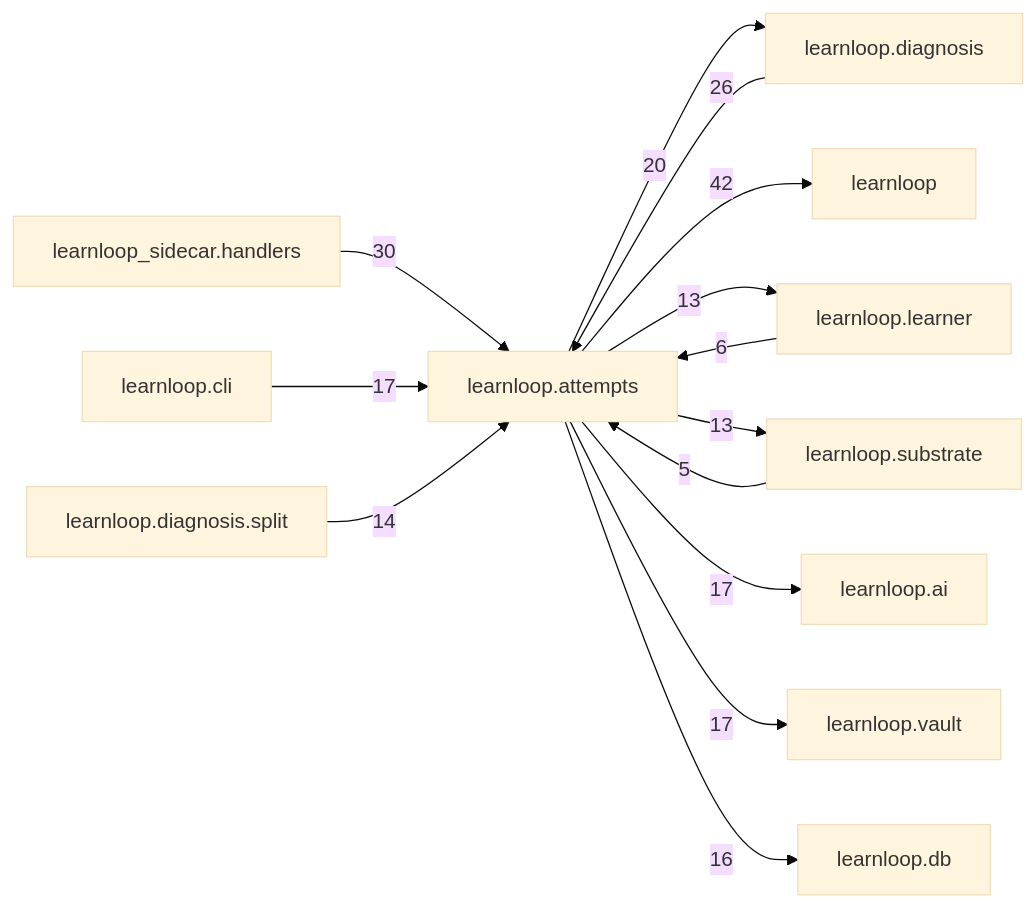
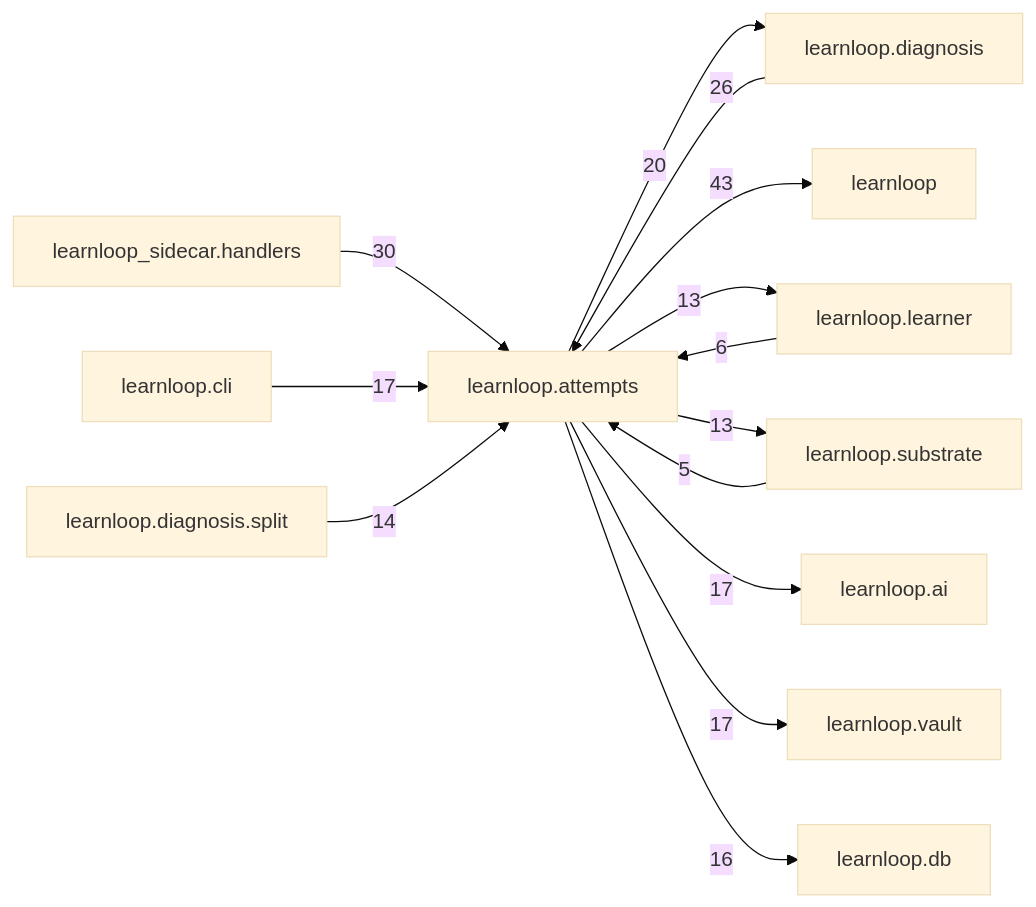
The diagram in docs/learnloop-architecture-vault/Reference/Modules/learnloop/attempts/_package.md (6up-b/learnanything), drawn with Mermaid (base theme) before and after one commit. The commit also changed other lines of this file and 41 other files, not shown here.

````diff
--- a/docs/learnloop-architecture-vault/Reference/Modules/learnloop/attempts/_package.md
+++ b/docs/learnloop-architecture-vault/Reference/Modules/learnloop/attempts/_package.md
@@ -168,27 +168,27 @@
 ```mermaid
 flowchart LR
     center["learnloop.attempts"]
     n_learnloop_diagnosis["learnloop.diagnosis"]
     n_learnloop["learnloop"]
     n_learnloop_sidecar_handlers["learnloop_sidecar.handlers"]
     n_learnloop_learner["learnloop.learner"]
     n_learnloop_substrate["learnloop.substrate"]
     n_learnloop_ai["learnloop.ai"]
     n_learnloop_cli["learnloop.cli"]
     n_learnloop_vault["learnloop.vault"]
     n_learnloop_db["learnloop.db"]
     n_learnloop_diagnosis_split["learnloop.diagnosis.split"]
     n_learnloop_diagnosis -->|26| center
     center -->|20| n_learnloop_diagnosis
-    center -->|42| n_learnloop
+    center -->|43| n_learnloop
     n_learnloop_sidecar_handlers -->|30| center
     n_learnloop_learner -->|6| center
     center -->|13| n_learnloop_learner
     n_learnloop_substrate -->|5| center
     center -->|13| n_learnloop_substrate
     center -->|17| n_learnloop_ai
     n_learnloop_cli -->|17| center
     center -->|17| n_learnloop_vault
     center -->|16| n_learnloop_db
     n_learnloop_diagnosis_split -->|14| center
 ```
````
